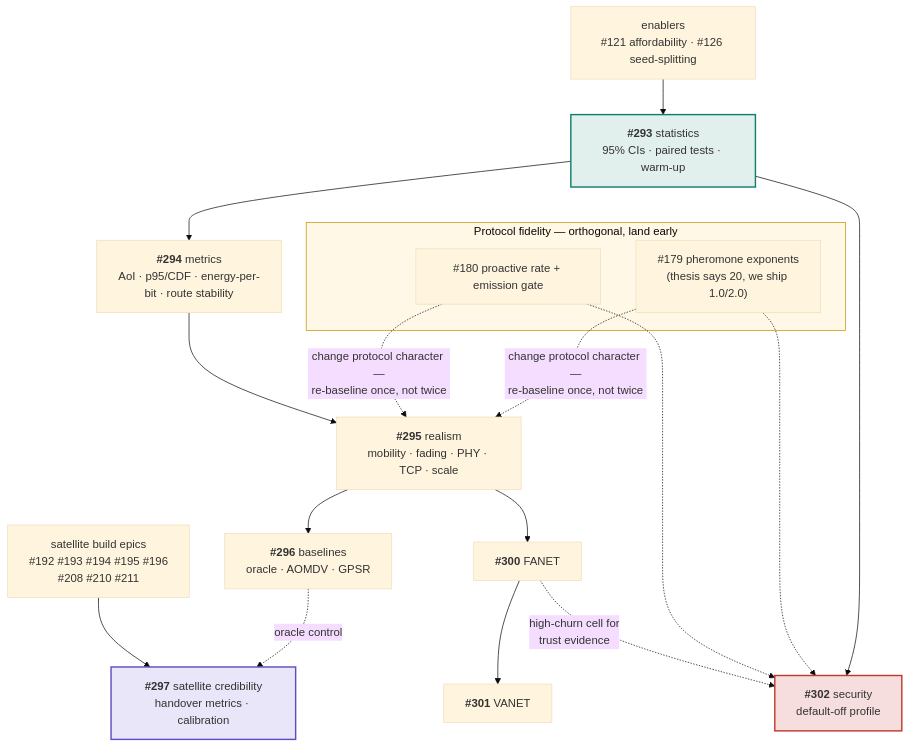
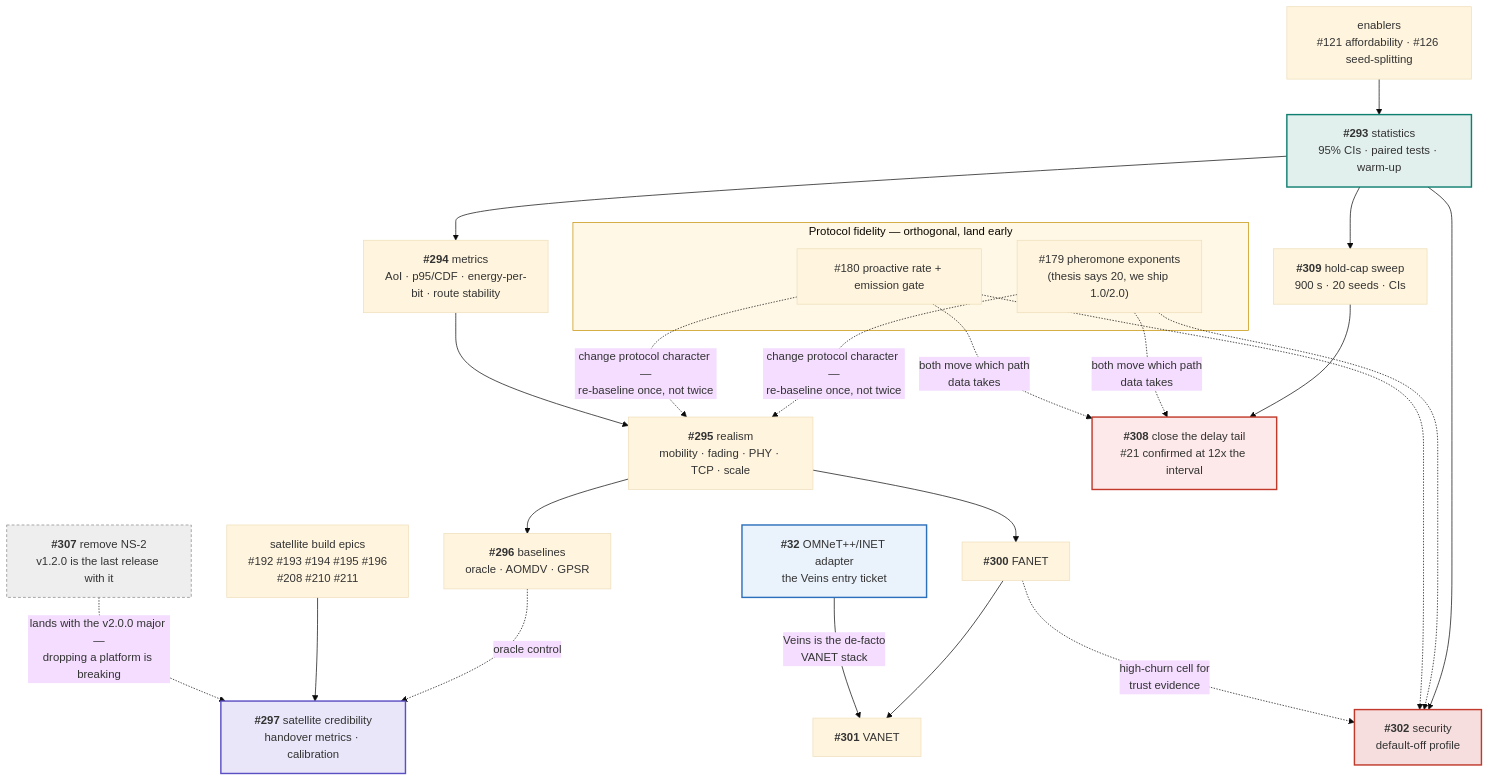
Before and after one commit to danieljoppi/AntHocNet: the second of 2 diagrams in docs/roadmap.md, drawn with Mermaid (base theme). The commit also changed other lines of this file and 9 other files, not shown here.

First line of the commit message:
fix(docs): unrenderable mermaid block + CI gate, Zenodo DOI, NS-2 deprecation, and the roadmap plan (#306)

````diff
--- a/docs/roadmap.md
+++ b/docs/roadmap.md
@@ -37,34 +62,46 @@
 ```mermaid
 flowchart TB
     subgraph FID["Protocol fidelity — orthogonal, land early"]
         F179["#179 pheromone exponents<br/>(thesis says 20, we ship 1.0/2.0)"]
         F180["#180 proactive rate + emission gate"]
     end
 
     E293["<b>#293</b> statistics<br/>95% CIs · paired tests · warm-up"]
     E294["<b>#294</b> metrics<br/>AoI · p95/CDF · energy-per-bit · route stability"]
     E295["<b>#295</b> realism<br/>mobility · fading · PHY · TCP · scale"]
     E296["<b>#296</b> baselines<br/>oracle · AOMDV · GPSR"]
     E300["<b>#300</b> FANET"]
     E301["<b>#301</b> VANET"]
     E297["<b>#297</b> satellite credibility<br/>handover metrics · calibration"]
     E302["<b>#302</b> security<br/>default-off profile"]
+    E307["<b>#307</b> remove NS-2<br/>v1.2.0 is the last release with it"]
+    E32["<b>#32</b> OMNeT++/INET adapter<br/>the Veins entry ticket"]
 
     SATBUILD["satellite build epics<br/>#192 #193 #194 #195 #196<br/>#208 #210 #211"]
     ENABLE["enablers<br/>#121 affordability · #126 seed-splitting"]
+    I309["<b>#309</b> hold-cap sweep<br/>900 s · 20 seeds · CIs"]
+    E308["<b>#308</b> close the delay tail<br/>#21 confirmed at 12x the interval"]
 
     ENABLE --> E293
+    E293 --> I309
+    I309 --> E308
+    F179 & F180 -.->|"both move which path<br/>data takes"| E308
     F179 & F180 -.->|"change protocol character —<br/>re-baseline once, not twice"| E295
     E293 --> E294 --> E295 --> E296
     E295 --> E300 --> E301
     E296 -.->|"oracle control"| E297
     SATBUILD --> E297
     E293 --> E302
     F179 & F180 -.-> E302
+    E307 -.->|"lands with the v2.0.0 major —<br/>dropping a platform is breaking"| E297
+    E32 -->|"Veins is the de-facto<br/>VANET stack"| E301
     E300 -.->|"high-churn cell for<br/>trust evidence"| E302
 
     style E293 fill:#e2f0ed,stroke:#0f7f70,stroke-width:2px
     style E297 fill:#e8e6f8,stroke:#5b4fc4,stroke-width:2px
     style E302 fill:#f6dede,stroke:#c0392b,stroke-width:2px
+    style E307 fill:#eee,stroke:#888,stroke-dasharray:4 3
+    style E32 fill:#eaf2fb,stroke:#2c6fbb,stroke-width:2px
+    style E308 fill:#fde9e9,stroke:#c0392b,stroke-width:2px
     style FID fill:#fff8e6,stroke:#c48f00
 ```
````
